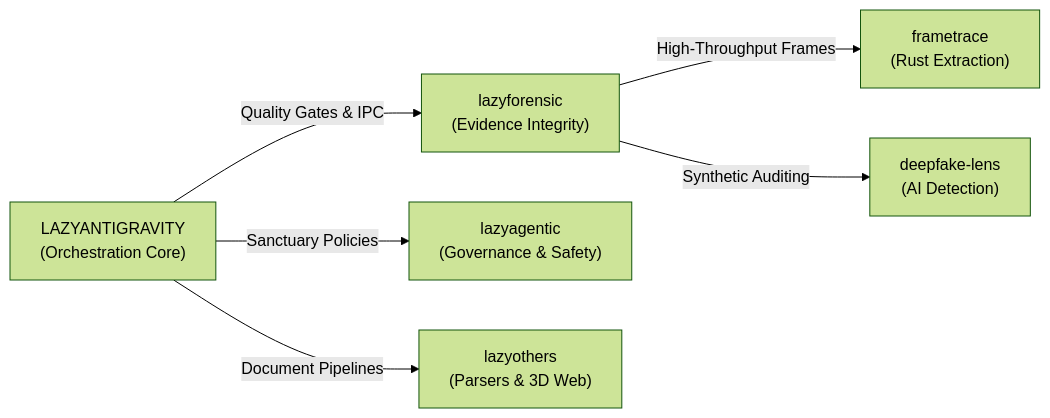
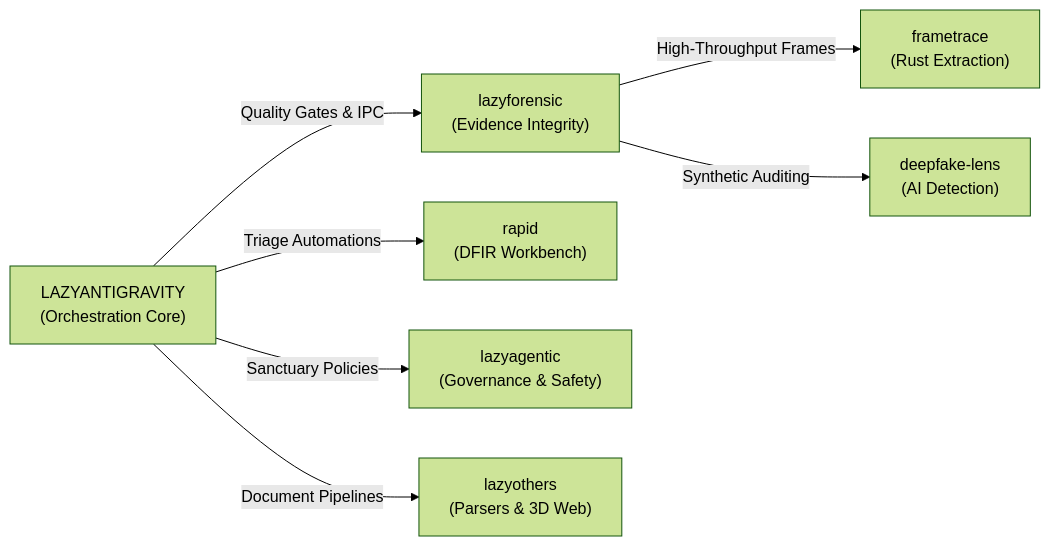
Before and after one commit to daeryundf2-prog/daeryundf2-prog: the diagram in README.md, drawn with Mermaid (forest theme). The commit also changed other lines of this file, not shown here.

Commit message:
docs: add rapid (DFIR triage workbench) to ecosystem suite and diagram

````diff
--- a/README.md
+++ b/README.md
@@ -27,8 +28,9 @@
 ```mermaid
 flowchart LR
     LA["LAZYANTIGRAVITY\n(Orchestration Core)"] -->|"Quality Gates & IPC"| LF["lazyforensic\n(Evidence Integrity)"]
+    LA -->|"Triage Automations"| RP["rapid\n(DFIR Workbench)"]
     LA -->|"Sanctuary Policies"| LG["lazyagentic\n(Governance & Safety)"]
     LA -->|"Document Pipelines"| LO["lazyothers\n(Parsers & 3D Web)"]
     LF -->|"High-Throughput Frames"| FT["frametrace\n(Rust Extraction)"]
     LF -->|"Synthetic Auditing"| DL["deepfake-lens\n(AI Detection)"]
 ```
````
